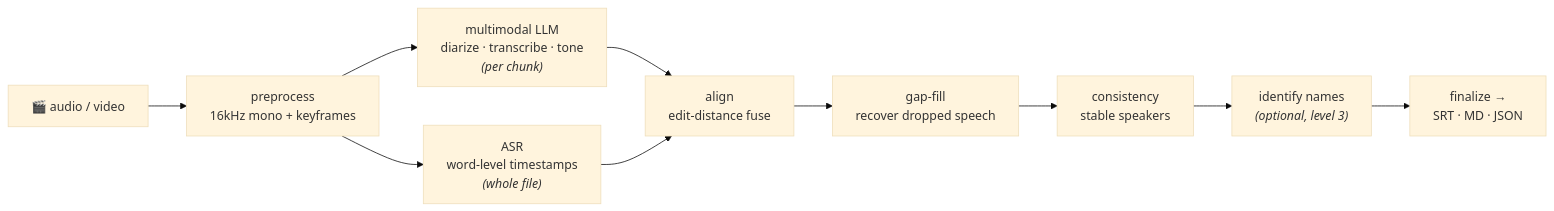
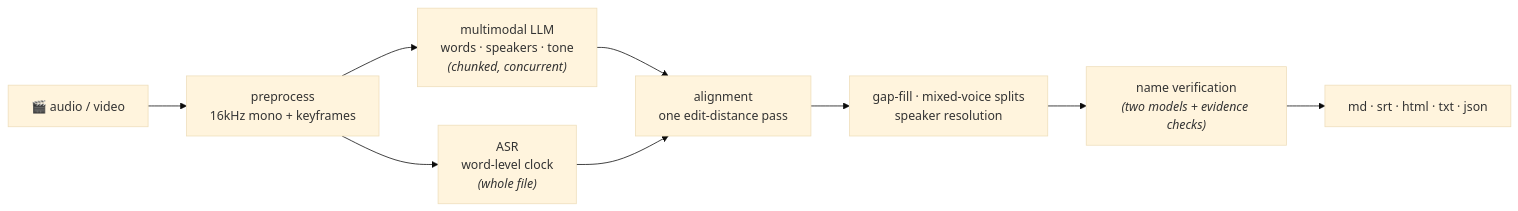
Before and after one commit to SouthBridgeAI/offmute-v2: the diagram in README.md, drawn with Mermaid (base theme). The commit also changed other lines of this file and 1 other file, not shown here.

````diff
--- a/README.md
+++ b/README.md
@@ -86,12 +112,11 @@
 ```mermaid
 flowchart LR
   IN["🎬 audio / video"] --> PRE["preprocess<br/>16kHz mono + keyframes"]
-  PRE --> LLM["multimodal LLM<br/>diarize · transcribe · tone<br/><i>(per chunk)</i>"]
-  PRE --> ASR["ASR<br/>word-level timestamps<br/><i>(whole file)</i>"]
-  LLM --> AL["align<br/>edit-distance fuse"]
+  PRE --> LLM["multimodal LLM<br/>words · speakers · tone<br/><i>(chunked, concurrent)</i>"]
+  PRE --> ASR["ASR<br/>word-level clock<br/><i>(whole file)</i>"]
+  LLM --> AL["alignment<br/>one edit-distance pass"]
   ASR --> AL
-  AL --> GF["gap-fill<br/>recover dropped speech"]
-  GF --> CON["consistency<br/>stable speakers"]
-  CON --> ID["identify names<br/><i>(optional, level 3)</i>"]
-  ID --> FIN["finalize →<br/>SRT · MD · JSON"]
+  AL --> POST["gap-fill · mixed-voice splits<br/>speaker resolution"]
+  POST --> ID["name verification<br/><i>(two models + evidence checks)</i>"]
+  ID --> OUT["md · srt · html · txt · json"]
 ```
````
